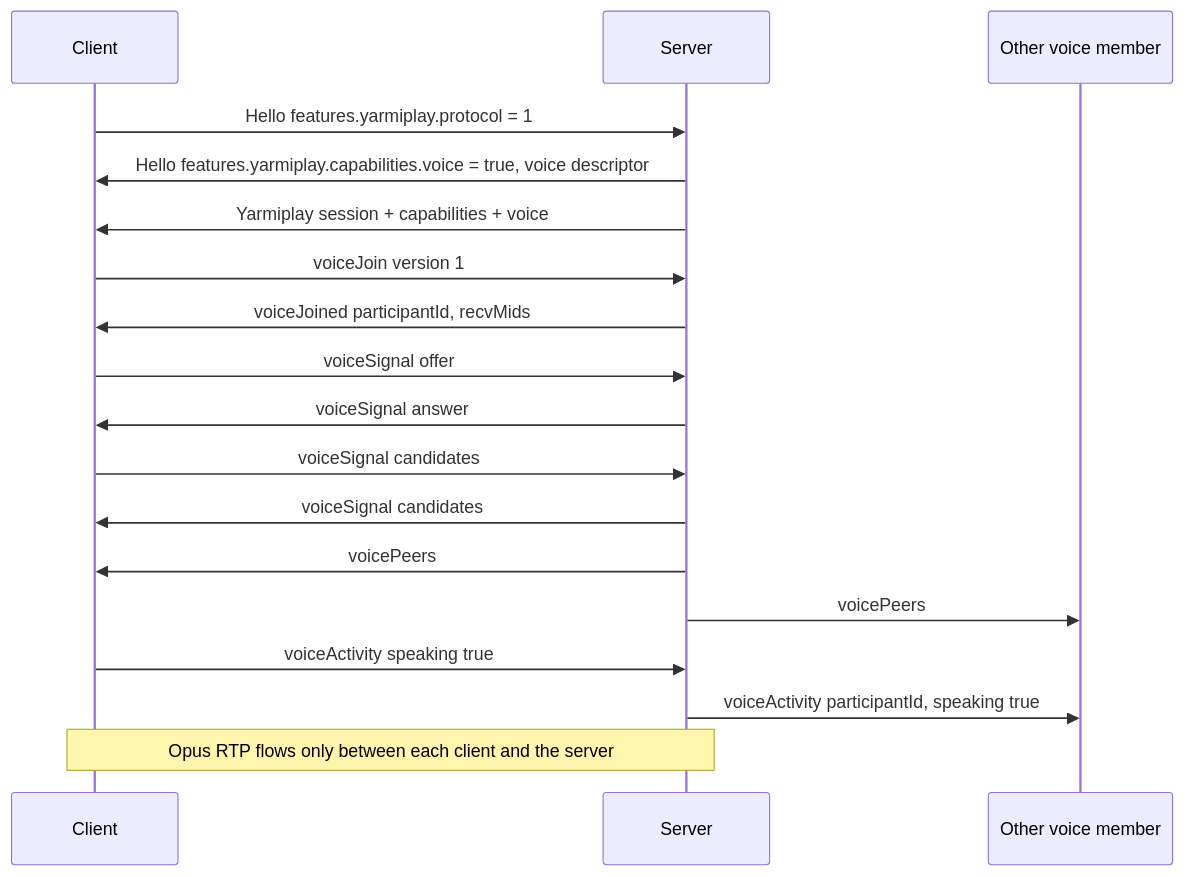
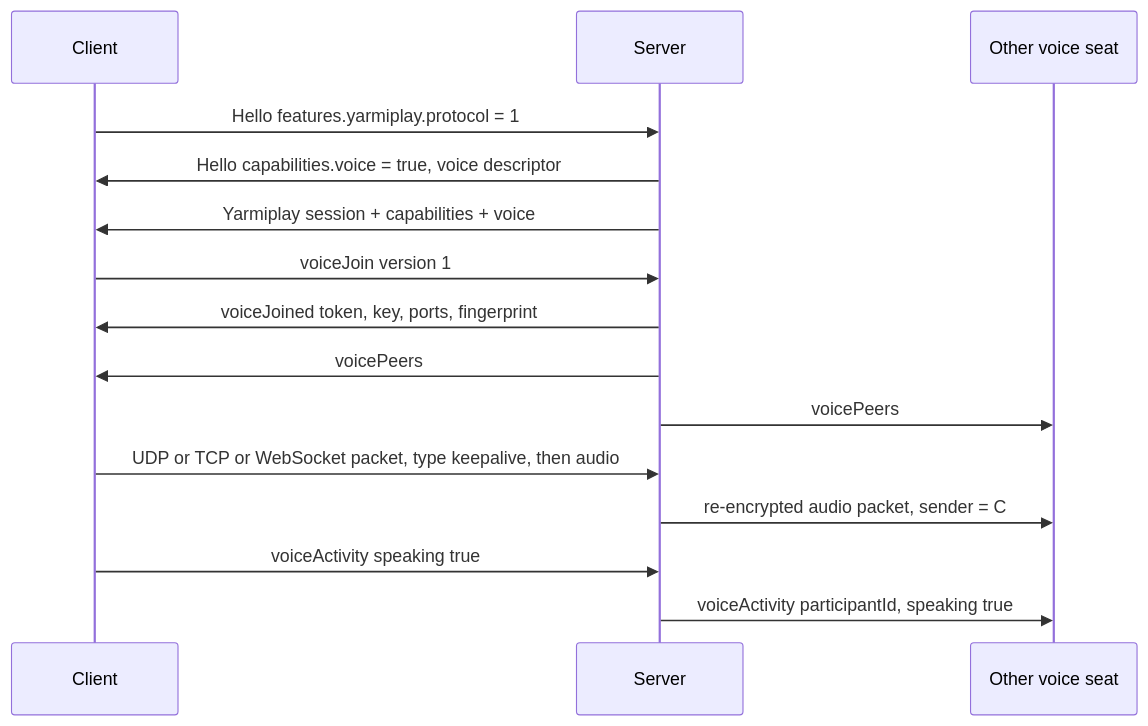
One commit to Yarmiplay/YarmiplayServerTV changed the diagram in docs/VOICE_PROTOCOL.md. Above: the diagram before and after it, drawn with Mermaid. The commit also changed other lines of this file and 28 other files, not shown here.

````diff
--- a/docs/VOICE_PROTOCOL.md
+++ b/docs/VOICE_PROTOCOL.md
@@ -258,20 +302,17 @@
 ```mermaid
 sequenceDiagram
   participant C as Client
   participant S as Server
-  participant O as Other voice member
+  participant O as Other voice seat
   C->>S: Hello features.yarmiplay.protocol = 1
-  S->>C: Hello features.yarmiplay.capabilities.voice = true, voice descriptor
+  S->>C: Hello capabilities.voice = true, voice descriptor
   S->>C: Yarmiplay session + capabilities + voice
   C->>S: voiceJoin version 1
-  S->>C: voiceJoined participantId, recvMids
-  C->>S: voiceSignal offer
-  S->>C: voiceSignal answer
-  C->>S: voiceSignal candidates
-  S->>C: voiceSignal candidates
+  S->>C: voiceJoined token, key, ports, fingerprint
   S->>C: voicePeers
   S->>O: voicePeers
+  C->>S: UDP or TCP or WebSocket packet, type keepalive, then audio
+  S->>O: re-encrypted audio packet, sender = C
   C->>S: voiceActivity speaking true
   S->>O: voiceActivity participantId, speaking true
-  Note over C,S: Opus RTP flows only between each client and the server
 ```
````
